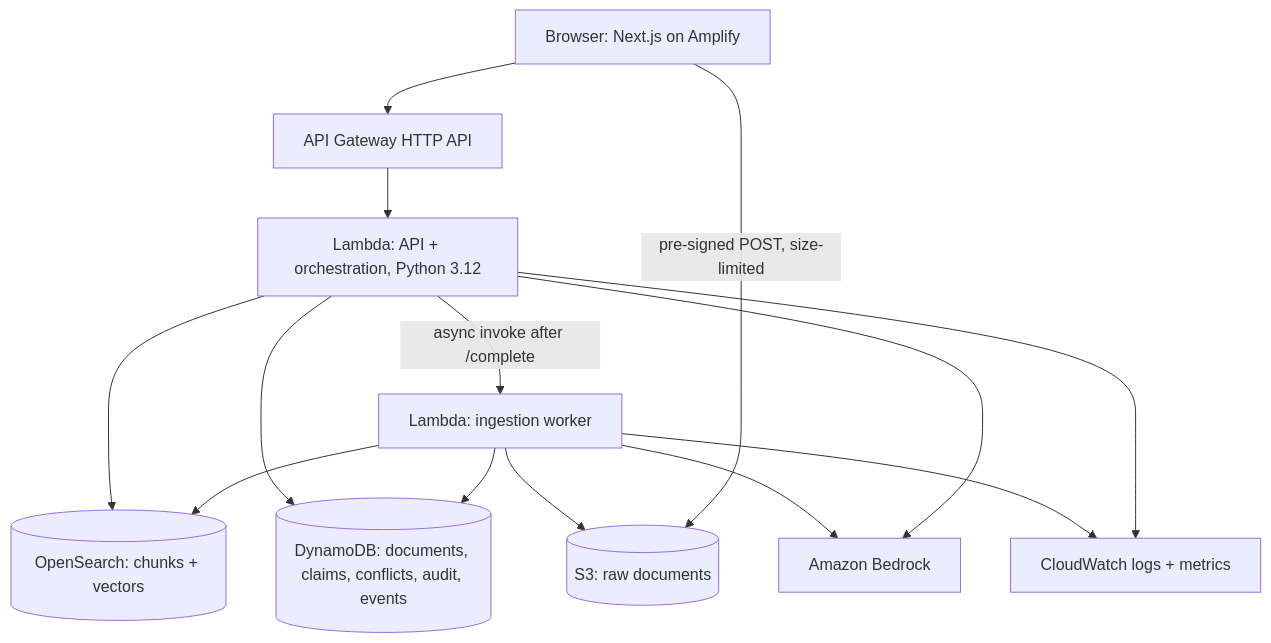
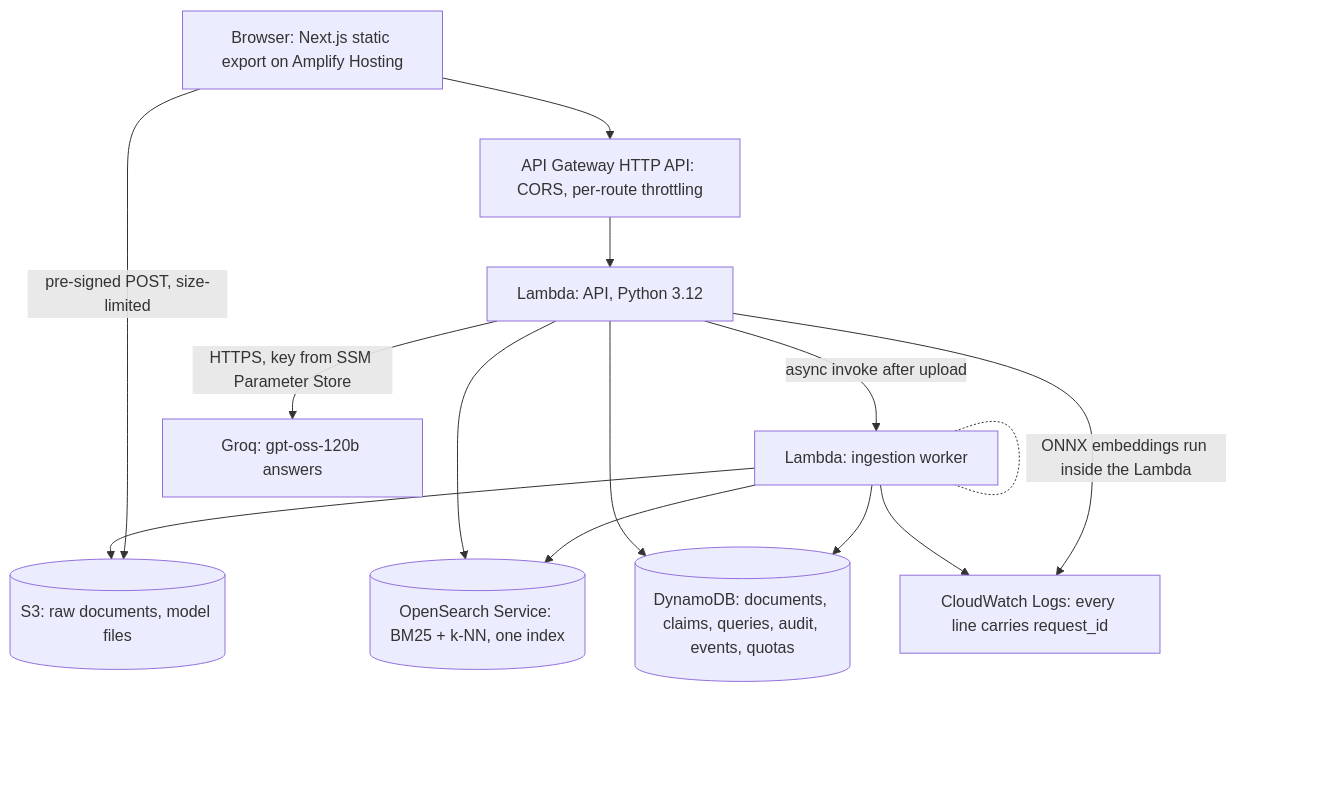
Before and after one commit to theShivansh/CROWN-X: the first of 3 diagrams in docs/ARCHITECTURE.md, drawn with Mermaid. The commit also changed other lines of this file and 19 other files, not shown here.

````diff
--- a/docs/ARCHITECTURE.md
+++ b/docs/ARCHITECTURE.md
@@ -8,16 +12,16 @@
 ```mermaid
 flowchart TD
-    U[Browser: Next.js on Amplify] --> G[API Gateway HTTP API]
-    G --> L[Lambda: API + orchestration, Python 3.12]
-    U -- pre-signed POST, size-limited --> S3[(S3: raw documents)]
-    L -- async invoke after /complete --> I[Lambda: ingestion worker]
+    U[Browser: Next.js static export on Amplify Hosting] --> G[API Gateway HTTP API: CORS, per-route throttling]
+    U -- pre-signed POST, size-limited --> S3[(S3: raw documents, model files)]
+    G --> L[Lambda: API, Python 3.12]
+    L -- async invoke after upload --> I[Lambda: ingestion worker]
     I --> S3
-    I --> OS[(OpenSearch: chunks + vectors)]
-    I --> D[(DynamoDB: documents, claims, conflicts, audit, events)]
+    I --> OS[(OpenSearch Service: BM25 + k-NN, one index)]
+    I --> D[(DynamoDB: documents, claims, queries, audit, events, quotas)]
     L --> OS
     L --> D
-    L --> B[Amazon Bedrock]
-    I --> B
-    L --> CW[CloudWatch logs + metrics]
+    L -- HTTPS, key from SSM Parameter Store --> Q[Groq: gpt-oss-120b answers]
+    I -. ONNX embeddings run inside the Lambda .- I
+    L --> CW[CloudWatch Logs: every line carries request_id]
     I --> CW
 ```
````
